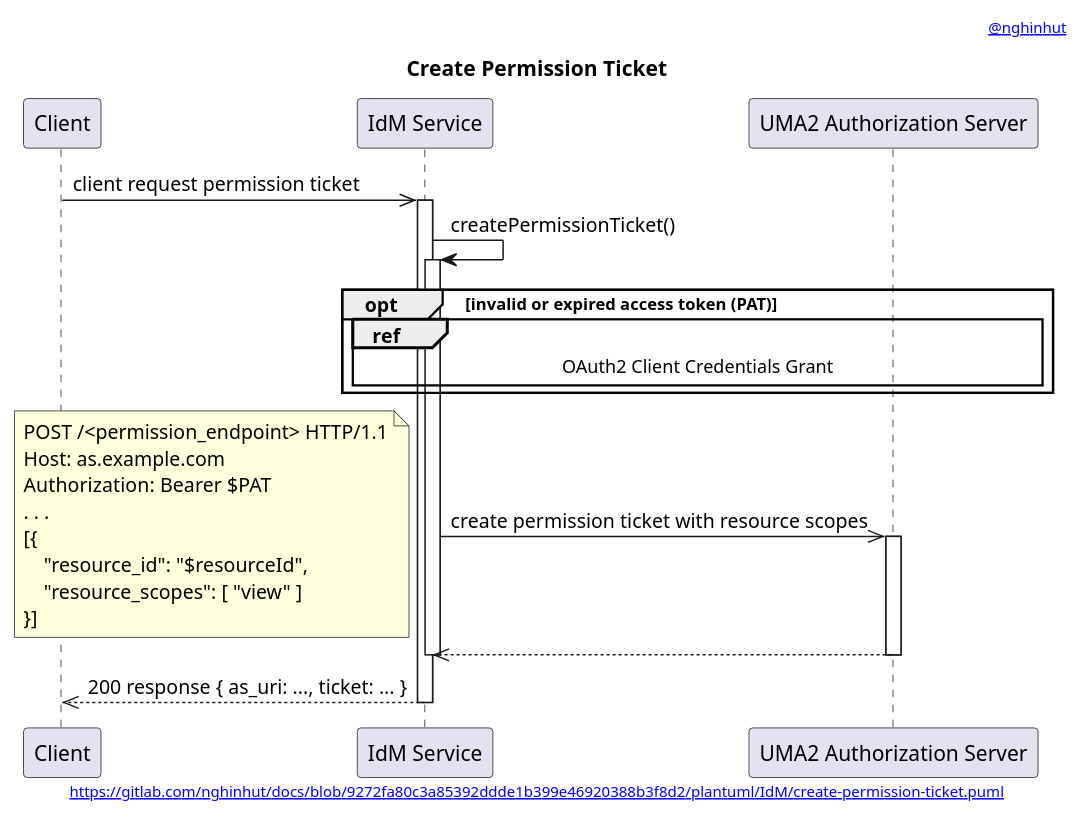
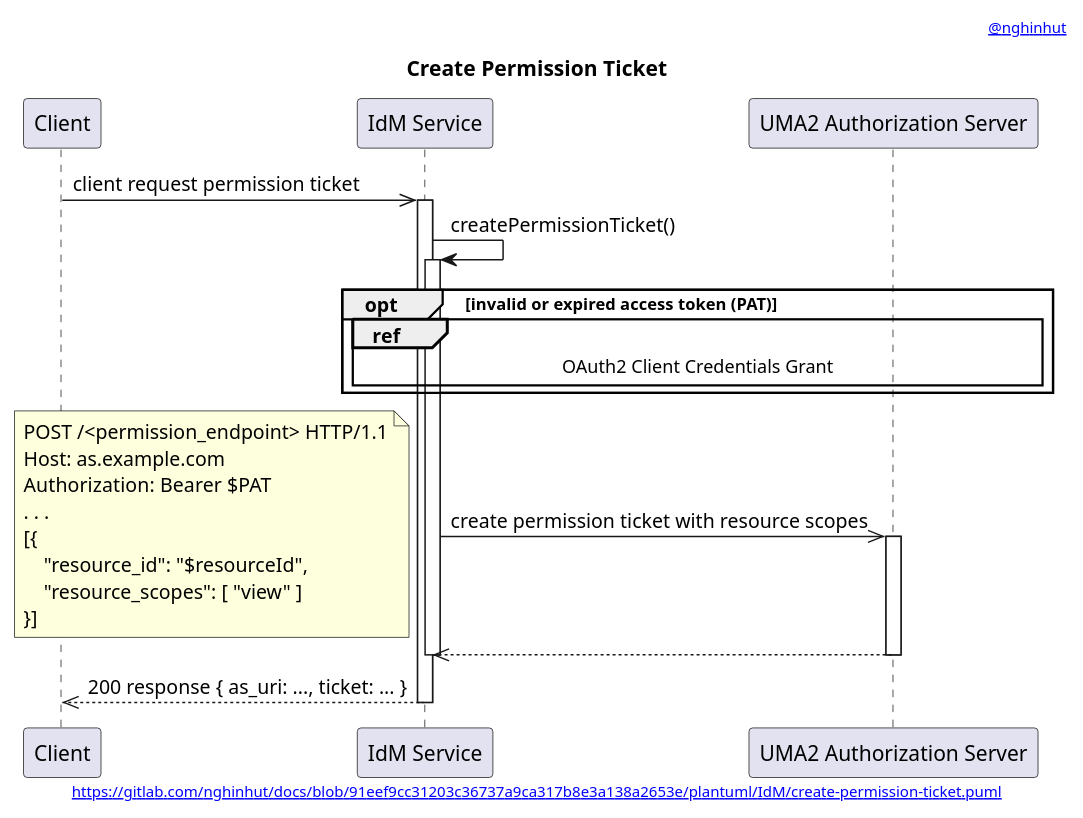
One commit to nghinhut/docs changed the diagram in plantuml/IdM/create-permission-ticket.function.puml. Above: the diagram before and after it, drawn with PlantUML. The commit also changed 24 other files, not shown here.

Commit message:
docs(plantuml): update headers

```diff
--- a/plantuml/IdM/create-permission-ticket.function.puml
+++ b/plantuml/IdM/create-permission-ticket.function.puml
@@ -1,39 +1,39 @@
 @startuml
 '-----START auto generated metadata please keep comment here to allow auto update-----
 '-----DON'T EDIT THIS SECTION, INSTEAD RE-RUN prebuild.sh TO UPDATE-----
-header [[https://www.nghinhut.dev?from=http%5C%3A%5C%2F%5C%2Fwww%5C.plantuml%5C.com%5C%2Fplantuml%5C%2Fproxy%3Ffmt%3Dsvg%5C%26src%3Dhttps%5C%3A%5C%2F%5C%2Fgitlab%5C.com%5C%2Fnghinhut%5C%2Fdocs%5C%2Fraw%5C%2F9272fa80c3a85392ddde1b399e46920388b3f8d2%5C%2Fplantuml%5C%2FIdM%5C%2Fcreate-permission-ticket%5C.puml%0A @nghinhut]]
-footer [[http://www.plantuml.com/plantuml/proxy?fmt=svg&src=https://gitlab.com/nghinhut/docs/raw/9272fa80c3a85392ddde1b399e46920388b3f8d2/plantuml/IdM/create-permission-ticket.puml https://gitlab.com/nghinhut/docs/blob/9272fa80c3a85392ddde1b399e46920388b3f8d2/plantuml/IdM/create-permission-ticket.puml]]
+header [[https://www.nghinhut.dev?from=http%5C%3A%5C%2F%5C%2Fwww%5C.plantuml%5C.com%5C%2Fplantuml%5C%2Fproxy%3Ffmt%3Dsvg%5C%26src%3Dhttps%5C%3A%5C%2F%5C%2Fgitlab%5C.com%5C%2Fnghinhut%5C%2Fdocs%5C%2Fraw%5C%2F91eef9cc31203c36737a9ca317b8e3a138a2653e%5C%2Fplantuml%5C%2FIdM%5C%2Fcreate-permission-ticket%5C.puml%0A @nghinhut]]
+footer [[http://www.plantuml.com/plantuml/proxy?fmt=svg&src=https://gitlab.com/nghinhut/docs/raw/91eef9cc31203c36737a9ca317b8e3a138a2653e/plantuml/IdM/create-permission-ticket.puml https://gitlab.com/nghinhut/docs/blob/91eef9cc31203c36737a9ca317b8e3a138a2653e/plantuml/IdM/create-permission-ticket.puml]]
 '-----END auto generated metadata please keep comment here to allow auto update-----
 title Create Permission Ticket
 
 participant "Client" as client
 participant "IdM Service" as idm
 participant "UMA2 Authorization Server" as as
 
 client ->> idm : client request permission ticket
 activate idm
     idm -> idm : createPermissionTicket()
     activate idm
         opt invalid or expired access token (PAT)
             ref over idm, as
                 OAuth2 Client Credentials Grant
             end
         end
         idm ->> as : create permission ticket with resource scopes
         note left
             POST /<permission_endpoint> HTTP/1.1
             Host: as.example.com
             Authorization: Bearer $PAT
             . . .
             [{
                 "resource_id": "$resourceId",
                 "resource_scopes": [ "view" ]
             }]
         end note
         activate as
         idm <<-- as
         deactivate as
     deactivate idm
     client <<-- idm : 200 response { as_uri: ..., ticket: ... }
 deactivate idm
 @enduml
```
